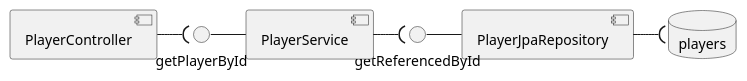
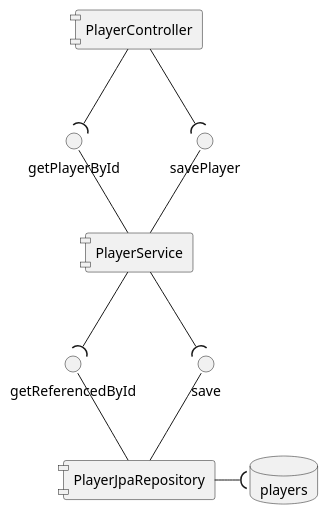
One commit to moliva177/myFirstSpringApiRest changed the diagram in docs/diagrams/model/components.puml. Above: the diagram before and after it, drawn with PlantUML. The commit also changed 3 other files, not shown here.

```diff
--- a/docs/diagrams/model/components.puml
+++ b/docs/diagrams/model/components.puml
@@ -1,12 +1,20 @@
 @startuml
 
+skinparam componentStyle uml1
+
 database "players"
+
+[PlayerController] --(getPlayerById
+[PlayerController] --(savePlayer
+
+[PlayerService] --(getReferencedById
+[PlayerService] --(save
+getPlayerById -- [PlayerService]
+savePlayer -- [PlayerService]
+
+
 [PlayerJpaRepository] -("players"
-getReferencedById - [PlayerJpaRepository]
-
-[PlayerService] -(getReferencedById
-getPlayerById - [PlayerService]
-
-[PlayerController] -(getPlayerById
+getReferencedById -- [PlayerJpaRepository]
+save -- [PlayerJpaRepository]
 
 @enduml
```
